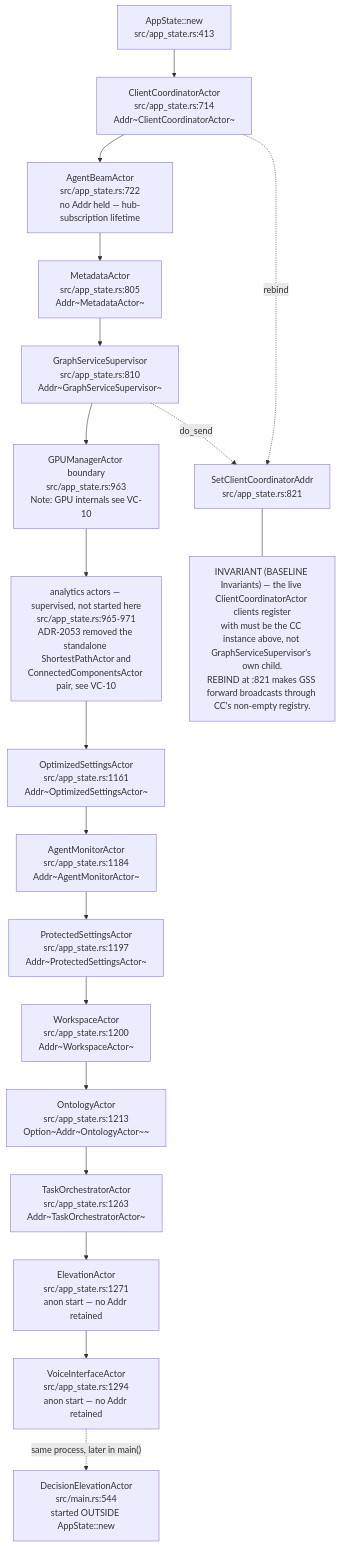
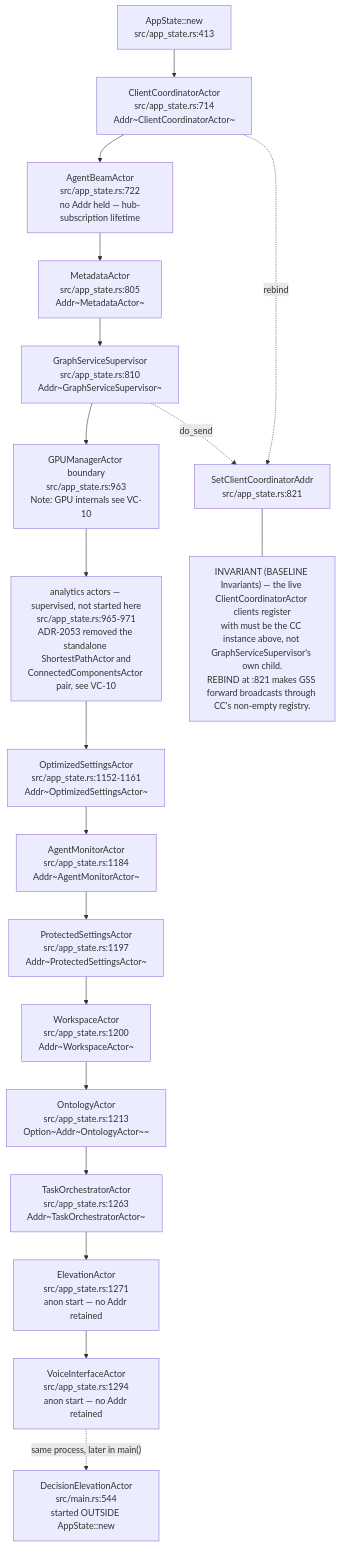
The first of 20 diagrams in docs/diagrams/visionclaw/02-actor-supervision.md (DreamLab-AI/AR-AI-Knowledge-Graph), drawn with Mermaid before and after one commit. The commit also changed 36 other files, not shown here.

````diff
--- a/docs/diagrams/visionclaw/02-actor-supervision.md
+++ b/docs/diagrams/visionclaw/02-actor-supervision.md
@@ -40,41 +40,41 @@
 ```mermaid
 flowchart TB
     APP["AppState::new<br/>src/app_state.rs:413"]
     CC["ClientCoordinatorActor<br/>src/app_state.rs:714<br/>Addr~ClientCoordinatorActor~"]
     AB["AgentBeamActor<br/>src/app_state.rs:722<br/>no Addr held — hub-subscription lifetime"]
     MD["MetadataActor<br/>src/app_state.rs:805<br/>Addr~MetadataActor~"]
     GSS["GraphServiceSupervisor<br/>src/app_state.rs:810<br/>Addr~GraphServiceSupervisor~"]
     REBIND["SetClientCoordinatorAddr<br/>src/app_state.rs:821"]
     GPU["GPUManagerActor boundary<br/>src/app_state.rs:963<br/>Note: GPU internals see VC-10"]
     ANA["analytics actors — supervised, not started here<br/>src/app_state.rs:965-971<br/>ADR-2053 removed the standalone ShortestPathActor and<br/>ConnectedComponentsActor pair, see VC-10"]
-    SET["OptimizedSettingsActor<br/>src/app_state.rs:1161<br/>Addr~OptimizedSettingsActor~"]
+    SET["OptimizedSettingsActor<br/>src/app_state.rs:1152-1161<br/>Addr~OptimizedSettingsActor~"]
     AM["AgentMonitorActor<br/>src/app_state.rs:1184<br/>Addr~AgentMonitorActor~"]
     PS["ProtectedSettingsActor<br/>src/app_state.rs:1197<br/>Addr~ProtectedSettingsActor~"]
     WS["WorkspaceActor<br/>src/app_state.rs:1200<br/>Addr~WorkspaceActor~"]
     ONT["OntologyActor<br/>src/app_state.rs:1213<br/>Option~Addr~OntologyActor~~"]
     TO["TaskOrchestratorActor<br/>src/app_state.rs:1263<br/>Addr~TaskOrchestratorActor~"]
     EL["ElevationActor<br/>src/app_state.rs:1271<br/>anon start — no Addr retained"]
     VI["VoiceInterfaceActor<br/>src/app_state.rs:1294<br/>anon start — no Addr retained"]
     DE["DecisionElevationActor<br/>src/main.rs:544<br/>started OUTSIDE AppState::new"]
 
     APP --> CC
     CC --> AB
     CC -.->|"rebind"| REBIND
     AB --> MD
     MD --> GSS
     GSS -.->|"do_send"| REBIND
     GSS --> GPU
     GPU --> ANA
     ANA --> SET
     SET --> AM
     AM --> PS
     PS --> WS
     WS --> ONT
     ONT --> TO
     TO --> EL
     EL --> VI
     VI -.->|"same process, later in main()"| DE
 
     N1["INVARIANT (BASELINE Invariants) — the live ClientCoordinatorActor clients register<br/>with must be the CC instance above, not GraphServiceSupervisor's own child.<br/>REBIND at :821 makes GSS forward broadcasts through CC's non-empty registry."]
     REBIND --- N1
 ```
````
